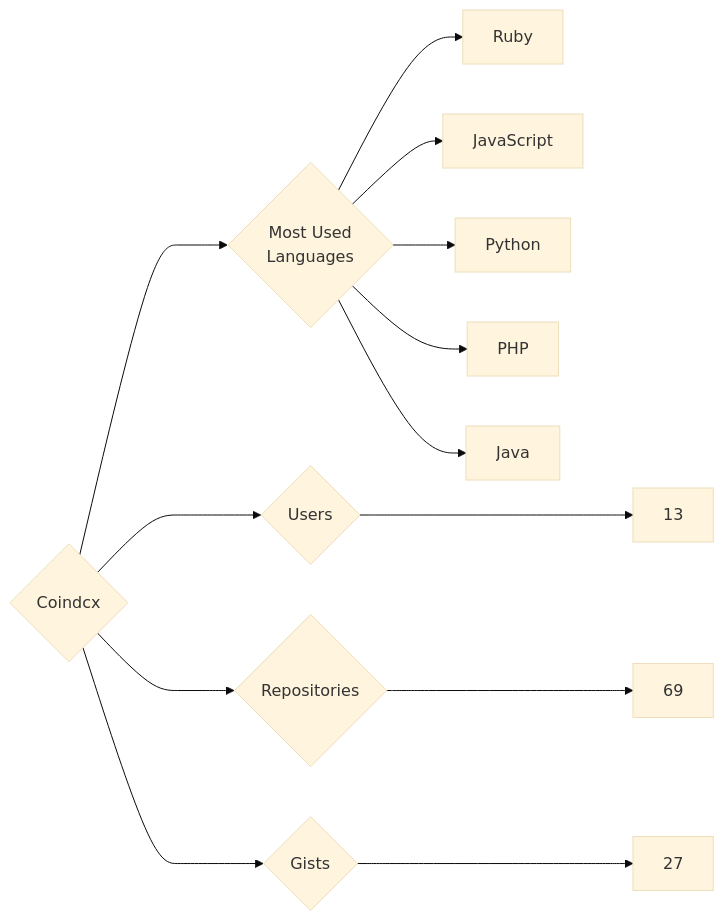
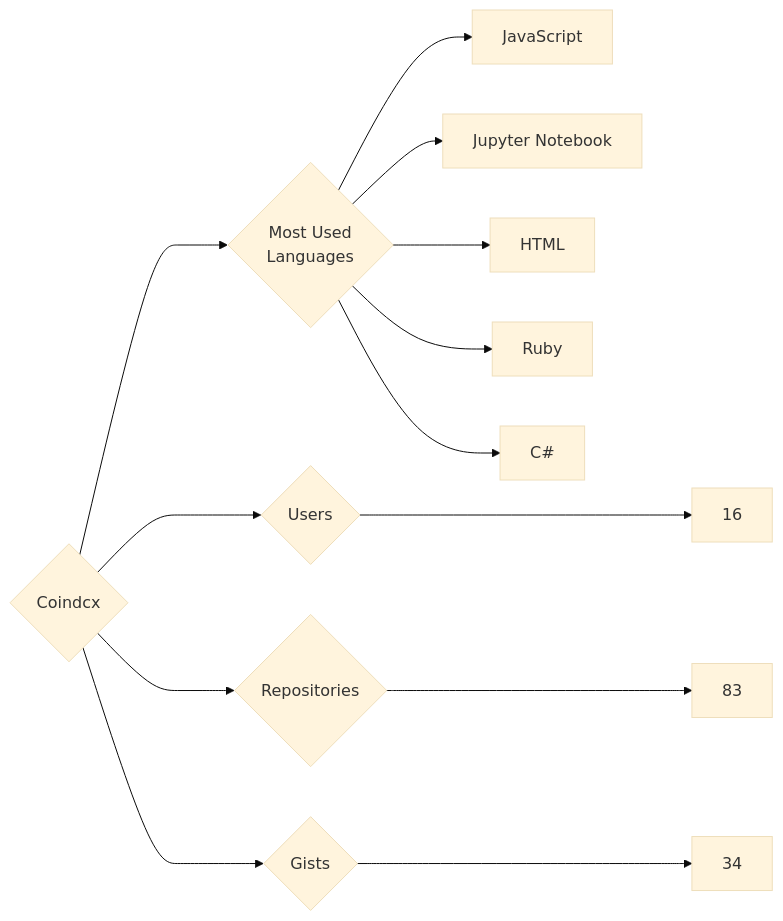
Before and after one commit to trickest/insiders: the diagram in targets/Coindcx/README.md, drawn with Mermaid (base theme). The commit also changed 748 other files, not shown here.

````diff
--- a/targets/Coindcx/README.md
+++ b/targets/Coindcx/README.md
@@ -3,13 +3,13 @@
 ```mermaid
 graph LR
 COMPANY_NAME{Coindcx}
-COMPANY_NAME ---> U{Users} ---> UN[13]
-COMPANY_NAME ---> R{Repositories} ---> RN[69]
-COMPANY_NAME ---> G{Gists} ---> GN[27]
+COMPANY_NAME ---> U{Users} ---> UN[16]
+COMPANY_NAME ---> R{Repositories} ---> RN[83]
+COMPANY_NAME ---> G{Gists} ---> GN[34]
 COMPANY_NAME ---> ML{Most Used<br>Languages}
+ML --> JavaScript[JavaScript]
+ML --> Jupyter_Notebook[Jupyter Notebook]
+ML --> HTML[HTML]
 ML --> Ruby[Ruby]
-ML --> JavaScript[JavaScript]
-ML --> Python[Python]
-ML --> PHP[PHP]
-ML --> Java[Java]
+ML --> C#[C#]
 ```
````
